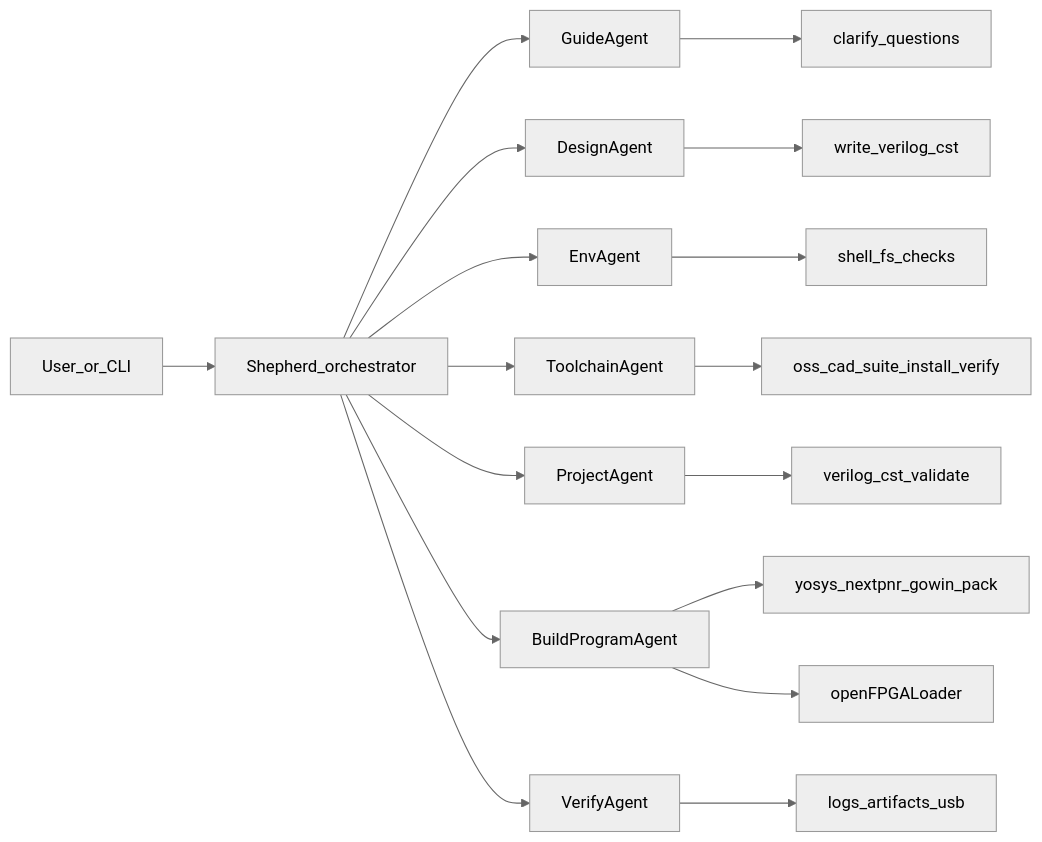
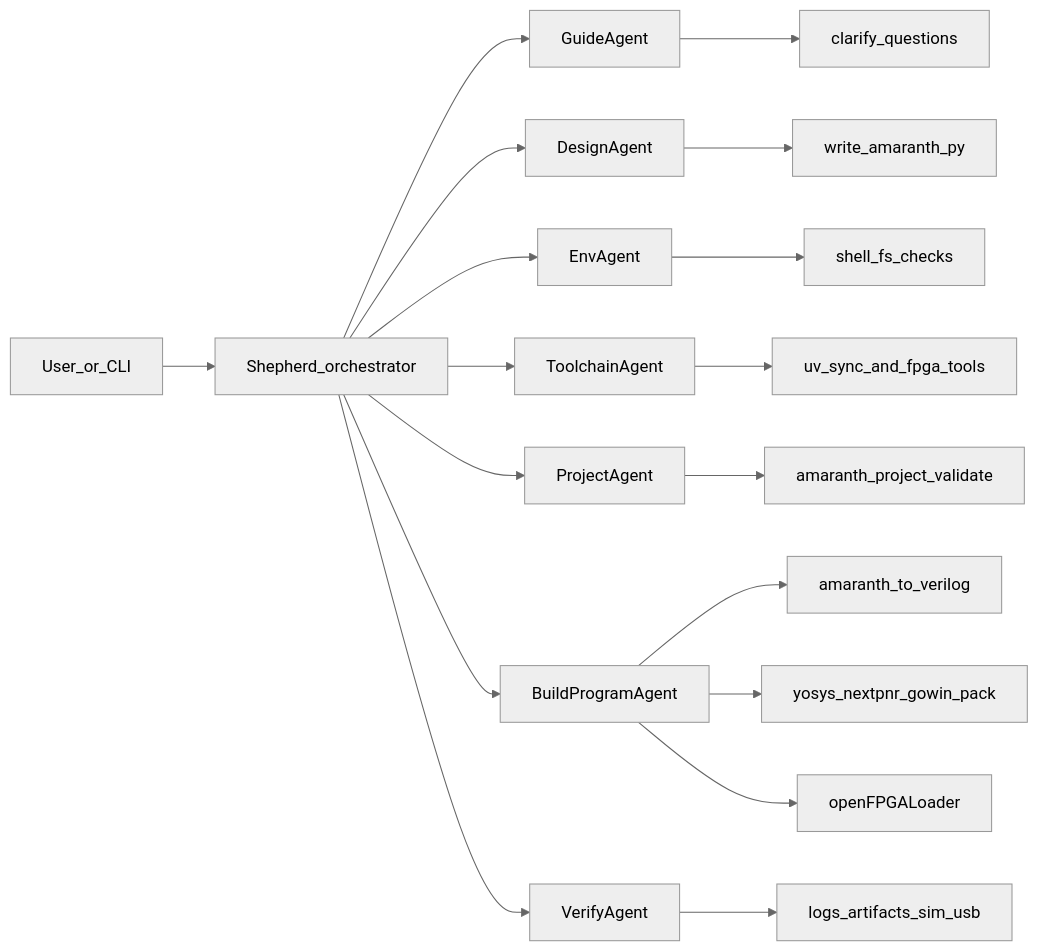
The second of 2 diagrams in PLAN.md (stepacool/FPGA-shepherd), drawn with Mermaid (neutral theme) before and after one commit. The commit also changed other lines of this file, not shown here.

First line of the commit message:
Enhance FPGA Shepherd project plan by refining agent interactions and emphasizing Amaranth-first design.

````diff
--- a/PLAN.md
+++ b/PLAN.md
@@ -75,19 +79,20 @@
 ```mermaid
 flowchart LR
   User[User_or_CLI] --> Shepherd[Shepherd_orchestrator]
   Shepherd --> Guide[GuideAgent]
   Shepherd --> Design[DesignAgent]
   Shepherd --> Env[EnvAgent]
   Shepherd --> Toolchain[ToolchainAgent]
   Shepherd --> Project[ProjectAgent]
   Shepherd --> Build[BuildProgramAgent]
   Shepherd --> Verify[VerifyAgent]
   Guide --> Chat[clarify_questions]
-  Design --> Files[write_verilog_cst]
+  Design --> AmaranthFiles[write_amaranth_py]
   Env --> ShellTools[shell_fs_checks]
-  Toolchain --> OssCad[oss_cad_suite_install_verify]
-  Project --> VerilogCst[verilog_cst_validate]
+  Toolchain --> UvAndSuite[uv_sync_and_fpga_tools]
+  Project --> AmaranthLayout[amaranth_project_validate]
+  Build --> Convert[amaranth_to_verilog]
   Build --> YosysNextpnr[yosys_nextpnr_gowin_pack]
   Build --> Loader[openFPGALoader]
-  Verify --> Logs[logs_artifacts_usb]
+  Verify --> Logs[logs_artifacts_sim_usb]
 ```
````
